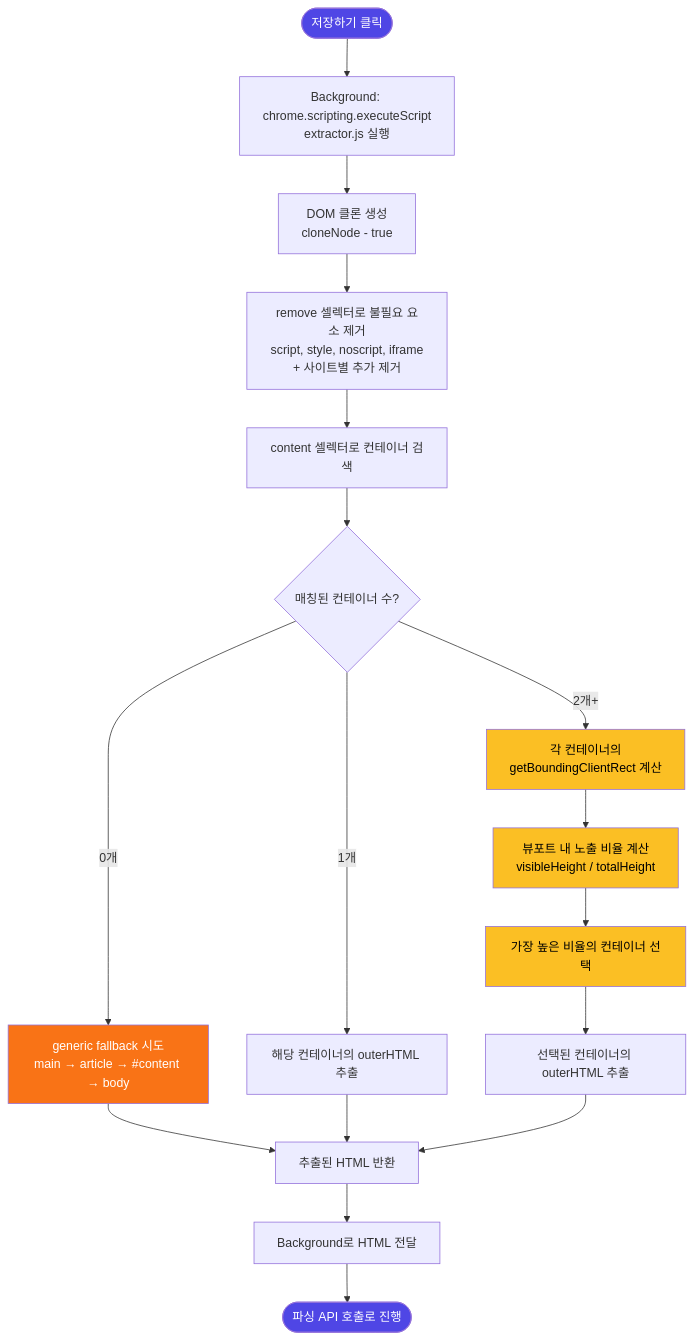
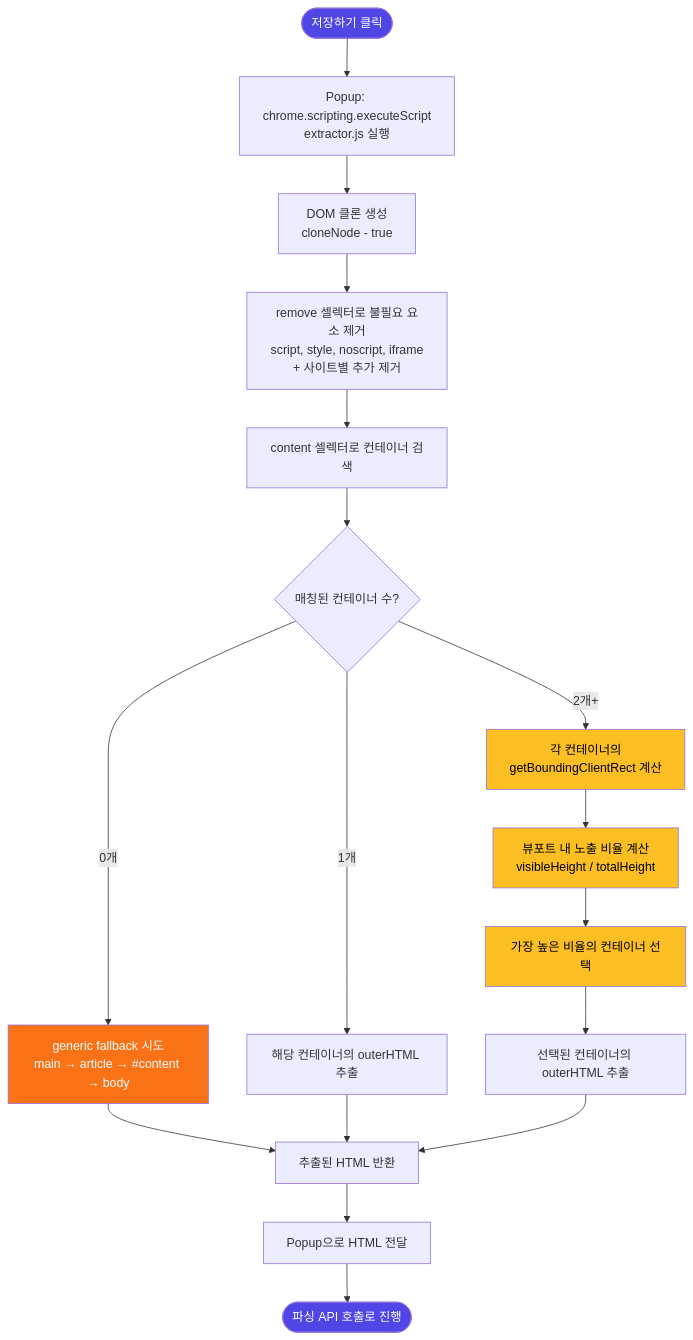
One commit to chaeseungyun/jobtrack changed the third of 6 diagrams in docs/extension/flow.md. Above: the diagram before and after it, drawn with Mermaid. The commit also changed other lines of this file and 3 other files, not shown here.

Commit message:
docs: update flow and implementation plan for JobTrack Chrome extension, detailing new authentication flow, removal of Service Worker, and enhanced content script functionality

````diff
--- a/docs/extension/flow.md
+++ b/docs/extension/flow.md
@@ -120,36 +122,36 @@
 ```mermaid
 flowchart TD
-    Start([저장하기 클릭]) --> Inject[Background: chrome.scripting.executeScript<br/>extractor.js 실행]
+    Start([저장하기 클릭]) --> Inject[Popup: chrome.scripting.executeScript<br/>extractor.js 실행]
 
     Inject --> CloneDOM[DOM 클론 생성<br/>cloneNode - true]
     CloneDOM --> RemoveNoise[remove 셀렉터로 불필요 요소 제거<br/>script, style, noscript, iframe<br/>+ 사이트별 추가 제거]
 
     RemoveNoise --> FindContainers[content 셀렉터로 컨테이너 검색]
     FindContainers --> CountCheck{매칭된 컨테이너 수?}
 
     %% ── 0개: fallback ──
     CountCheck -- "0개" --> GenericFallback[generic fallback 시도<br/>main → article → #content → body]
     GenericFallback --> ReturnHTML[추출된 HTML 반환]
 
     %% ── 1개: 바로 추출 ──
     CountCheck -- "1개" --> SingleExtract[해당 컨테이너의 outerHTML 추출]
     SingleExtract --> ReturnHTML
 
     %% ── 2개 이상: 뷰포트 감지 ──
     CountCheck -- "2개+" --> ViewportDetect[각 컨테이너의<br/>getBoundingClientRect 계산]
     ViewportDetect --> CalcRatio[뷰포트 내 노출 비율 계산<br/>visibleHeight / totalHeight]
     CalcRatio --> SelectBest[가장 높은 비율의 컨테이너 선택]
     SelectBest --> ExtractBest[선택된 컨테이너의 outerHTML 추출]
     ExtractBest --> ReturnHTML
 
-    ReturnHTML --> SendToBG[Background로 HTML 전달]
-    SendToBG --> End([파싱 API 호출로 진행])
+    ReturnHTML --> SendToPopup[Popup으로 HTML 전달]
+    SendToPopup --> End([파싱 API 호출로 진행])
 
     %% ── 스타일 ──
     style Start fill:#4f46e5,color:#fff
     style End fill:#4f46e5,color:#fff
     style ViewportDetect fill:#fbbf24,color:#000
     style CalcRatio fill:#fbbf24,color:#000
     style SelectBest fill:#fbbf24,color:#000
     style GenericFallback fill:#f97316,color:#fff
 ```
````
